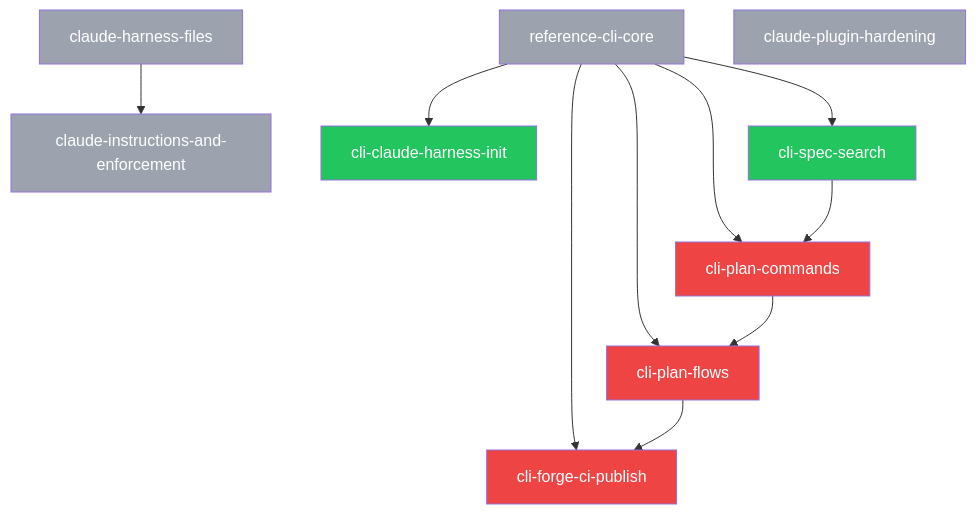
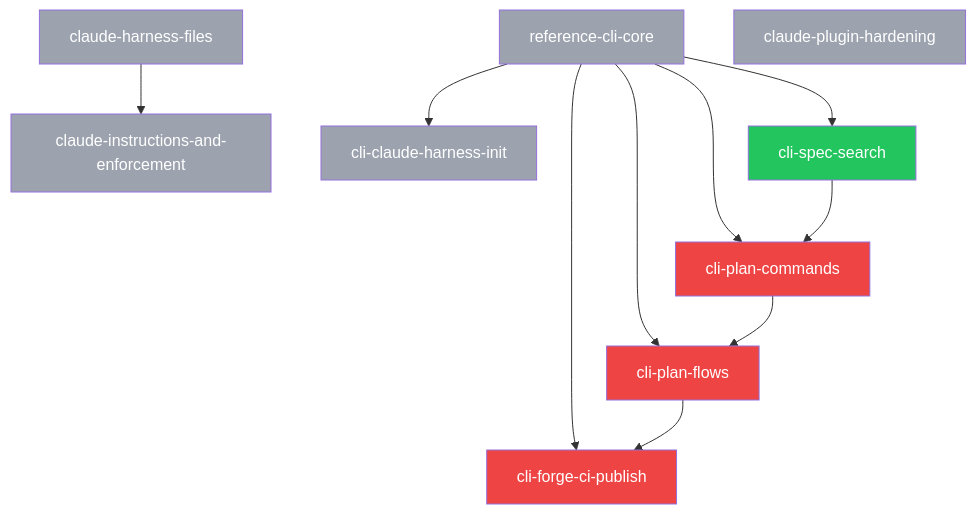
The diagram in plans/PLANS.md (SpiralSky/specplane), drawn with Mermaid before and after one commit. The commit also changed other lines of this file and 8 other files, not shown here.

First line of the commit message:
chore(specplane): finish 2026-10-29-cli-claude-harness-init

````diff
--- a/plans/PLANS.md
+++ b/plans/PLANS.md
@@ -26,28 +26,28 @@
 ```mermaid
 graph TD
     p_2026_10_28_reference_cli_core[reference-cli-core]:::done
     p_2026_10_29_claude_harness_files[claude-harness-files]:::done
     p_2026_10_29_claude_instructions_and_enforcement[claude-instructions-and-enforcement]:::done
     p_2026_10_29_claude_plugin_hardening[claude-plugin-hardening]:::done
-    p_2026_10_29_cli_claude_harness_init[cli-claude-harness-init]:::ready
+    p_2026_10_29_cli_claude_harness_init[cli-claude-harness-init]:::done
     p_2026_10_29_cli_forge_ci_publish[cli-forge-ci-publish]:::blocked
     p_2026_10_29_cli_plan_commands[cli-plan-commands]:::blocked
     p_2026_10_29_cli_plan_flows[cli-plan-flows]:::blocked
     p_2026_10_29_cli_spec_search[cli-spec-search]:::ready
     p_2026_10_29_claude_harness_files --> p_2026_10_29_claude_instructions_and_enforcement
     p_2026_10_28_reference_cli_core --> p_2026_10_29_cli_claude_harness_init
     p_2026_10_28_reference_cli_core --> p_2026_10_29_cli_forge_ci_publish
     p_2026_10_29_cli_plan_flows --> p_2026_10_29_cli_forge_ci_publish
     p_2026_10_28_reference_cli_core --> p_2026_10_29_cli_plan_commands
     p_2026_10_29_cli_spec_search --> p_2026_10_29_cli_plan_commands
     p_2026_10_28_reference_cli_core --> p_2026_10_29_cli_plan_flows
     p_2026_10_29_cli_plan_commands --> p_2026_10_29_cli_plan_flows
     p_2026_10_28_reference_cli_core --> p_2026_10_29_cli_spec_search
     classDef draft fill:#f9fafb,color:#374151,stroke:#d1d5db
     classDef ready fill:#22c55e,color:#fff
     classDef blocked fill:#ef4444,color:#fff
     classDef in_progress fill:#3b82f6,color:#fff
     classDef review fill:#60a5fa,color:#fff
     classDef done fill:#9ca3af,color:#fff
     classDef abandoned fill:#9ca3af,color:#fff,text-decoration:line-through
 ```
````
